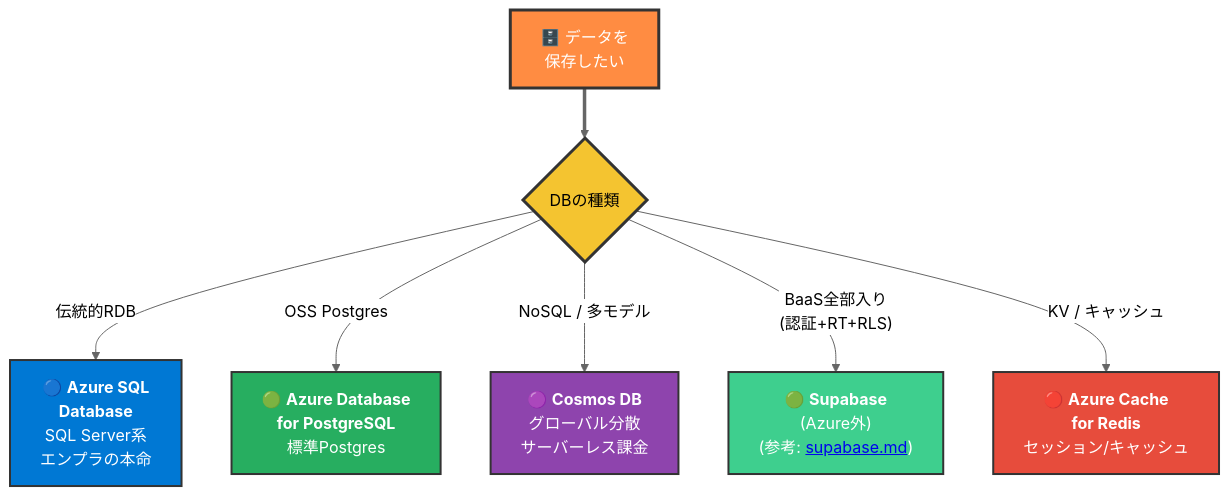
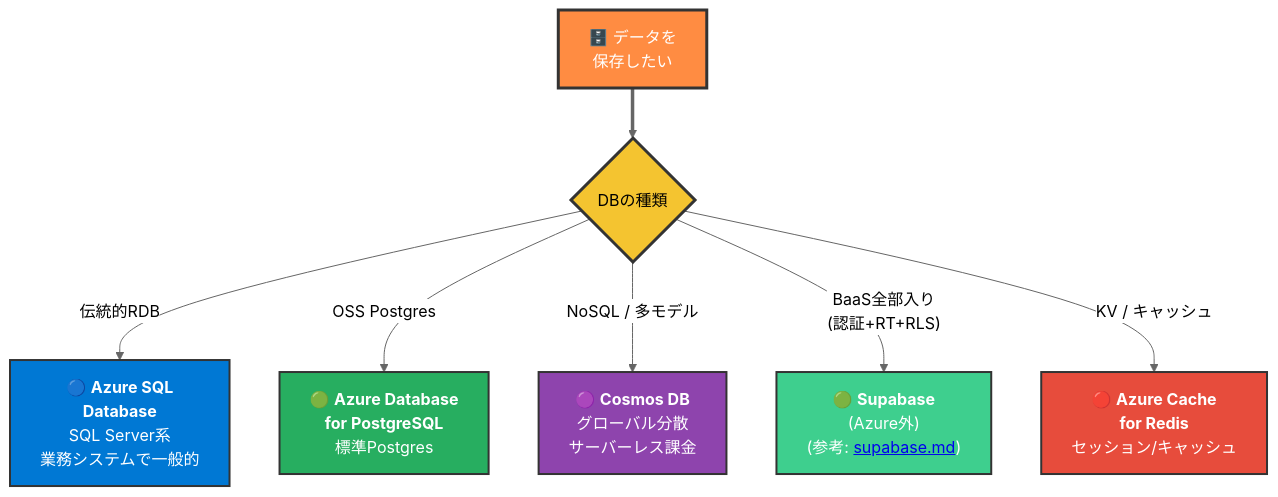
One commit to kasuyaofcb/tech_docs changed diagram 12 of 35 in azure/azure.md. Above: the diagram before and after it, drawn with Mermaid (neutral theme). The commit also changed other lines of this file and 1 other file, not shown here.

First line of the commit message:
docs(azure): 主観表現・スラングを除き、中立的な記述に統一

````diff
--- a/azure/azure.md
+++ b/azure/azure.md
@@ -323,18 +323,18 @@
 ```mermaid
 flowchart TB
     Q["🗄️ データを<br/>保存したい"] ==> Q1{"DBの種類"}
 
-    Q1 -->|"伝統的RDB"| AS["🔵 <b>Azure SQL<br/>Database</b><br/>SQL Server系<br/>エンプラの本命"]
+    Q1 -->|"伝統的RDB"| AS["🔵 <b>Azure SQL<br/>Database</b><br/>SQL Server系<br/>業務システムで一般的"]
     Q1 -->|"OSS Postgres"| PG["🟢 <b>Azure Database<br/>for PostgreSQL</b><br/>標準Postgres"]
     Q1 -->|"NoSQL / 多モデル"| CD["🟣 <b>Cosmos DB</b><br/>グローバル分散<br/>サーバーレス課金"]
     Q1 -->|"BaaS全部入り<br/>(認証+RT+RLS)"| SB["🟢 <b>Supabase</b><br/>(Azure外)<br/>(参考: <a href='../supabase/supabase.md'>supabase.md</a>)"]
     Q1 -->|"KV / キャッシュ"| RD["🔴 <b>Azure Cache<br/>for Redis</b><br/>セッション/キャッシュ"]
 
     style Q fill:#FF8C42,color:#FFFFFF,stroke:#333,stroke-width:3px
     style Q1 fill:#F4C430,color:#000,stroke:#333,stroke-width:3px
     style AS fill:#0078D4,color:#FFFFFF,stroke:#333,stroke-width:2px
     style PG fill:#27AE60,color:#FFFFFF,stroke:#333,stroke-width:2px
     style CD fill:#8E44AD,color:#FFFFFF,stroke:#333,stroke-width:2px
     style SB fill:#3ECF8E,color:#FFFFFF,stroke:#333,stroke-width:2px
     style RD fill:#E74C3C,color:#FFFFFF,stroke:#333,stroke-width:2px
 ```
````
